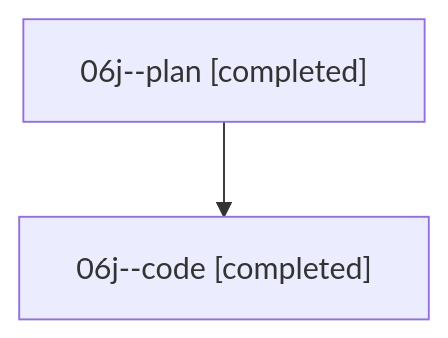
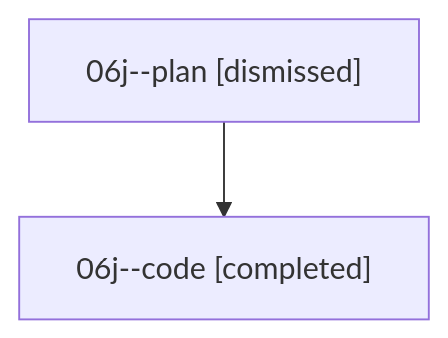
The diagram in families/bbugyi200.athena.06j.md (sase-org/sase--agents), drawn with Mermaid before and after one commit. The commit also changed other lines of this file and 530 other files, not shown here.

````diff
--- a/families/bbugyi200.athena.06j.md
+++ b/families/bbugyi200.athena.06j.md
@@ -9,6 +9,6 @@
 ```mermaid
 flowchart TD
-  n0["06j--plan [completed]"]
+  n0["06j--plan [dismissed]"]
   n1["06j--code [completed]"]
   n0 --> n1
 ```
````
